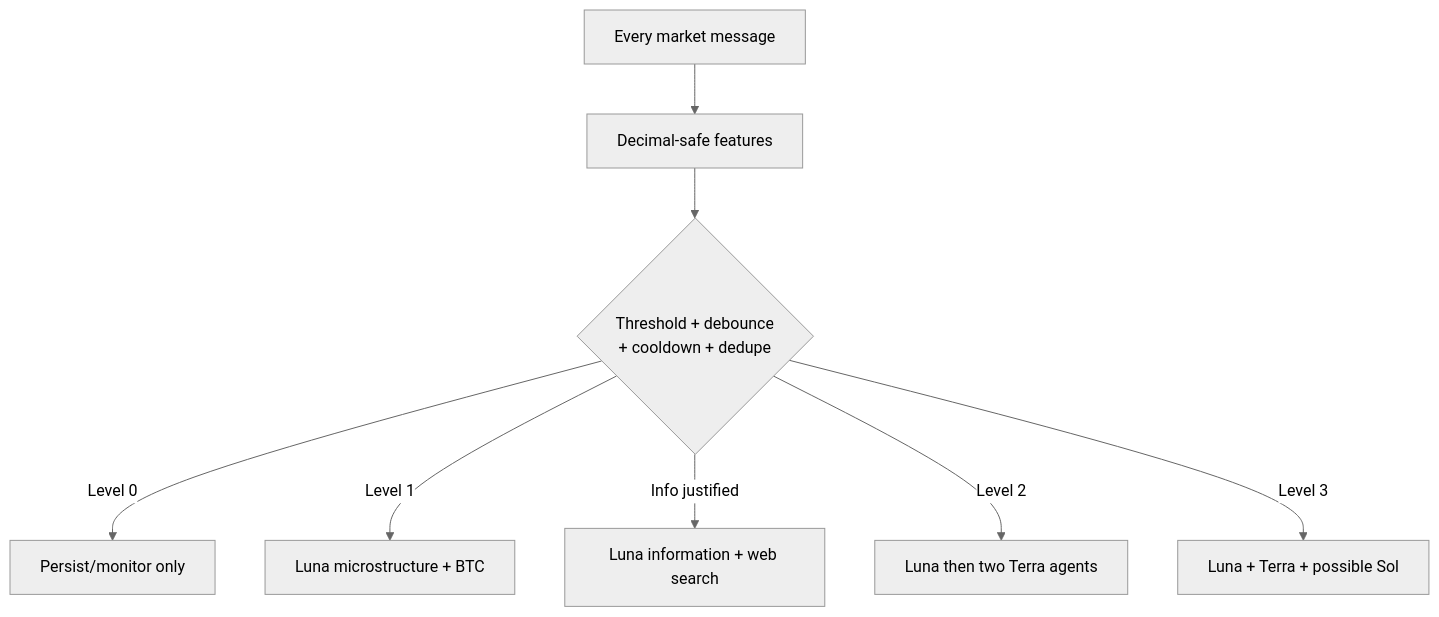
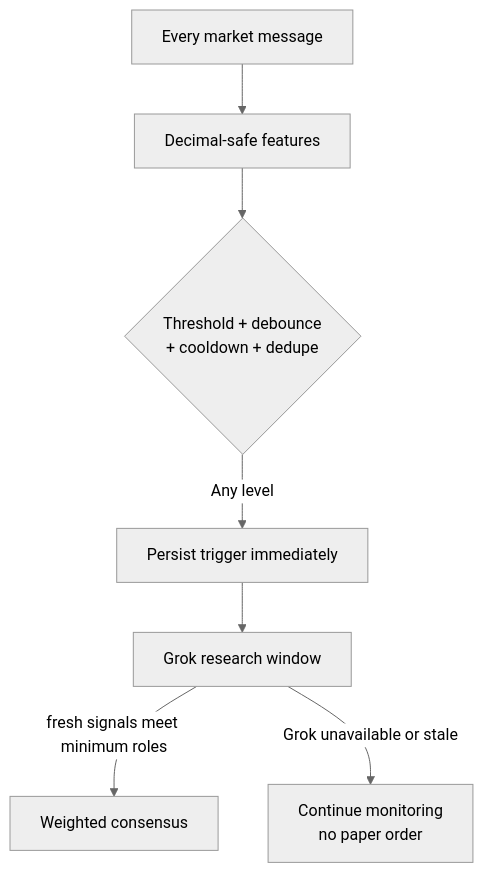
Before and after one commit to mstfgncr23-eng/Polymarket-Engine: the second of 4 diagrams in README.md, drawn with Mermaid (neutral theme). The commit also changed other lines of this file and 15 other files, not shown here.

````diff
--- a/README.md
+++ b/README.md
@@ -29,10 +33,9 @@
 ```mermaid
 flowchart TD
   M[Every market message] --> F[Decimal-safe features]
   F --> G{Threshold + debounce\n+ cooldown + dedupe}
-  G -->|Level 0| N[Persist/monitor only]
-  G -->|Level 1| L[Luna microstructure + BTC]
-  G -->|Info justified| I[Luna information + web search]
-  G -->|Level 2| T[Luna then two Terra agents]
-  G -->|Level 3| S[Luna + Terra + possible Sol]
+  G -->|Any level| P[Persist trigger immediately]
+  P --> W[Grok research window]
+  W -->|fresh signals meet minimum roles| C[Weighted consensus]
+  W -->|Grok unavailable or stale| M2[Continue monitoring\nno paper order]
 ```
````
